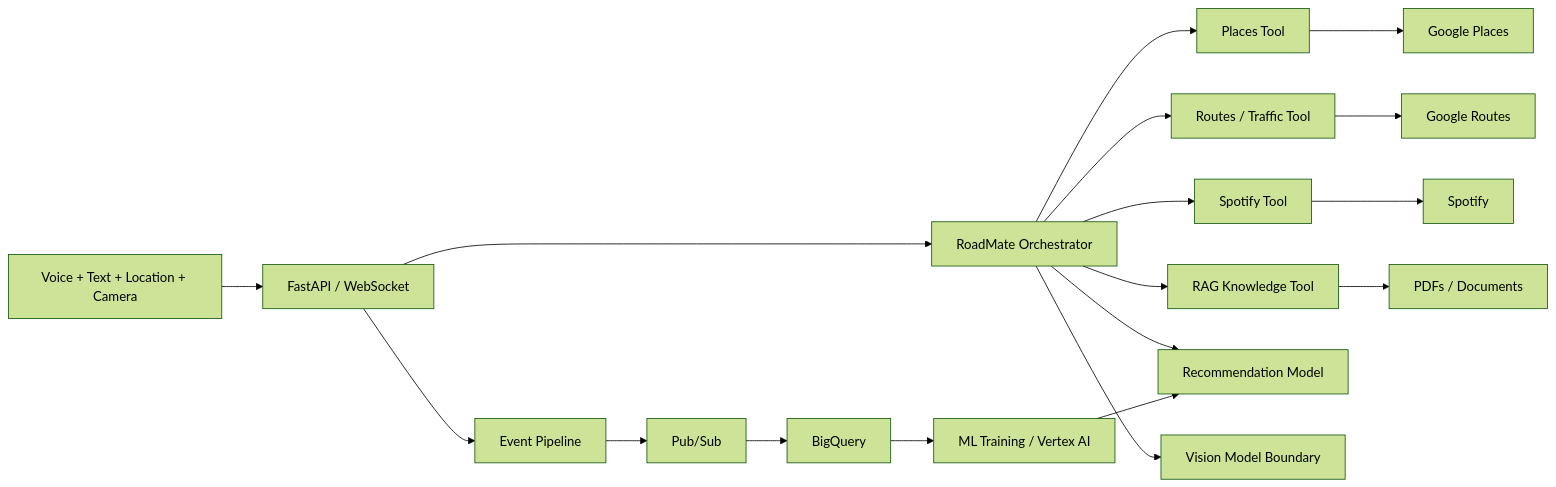
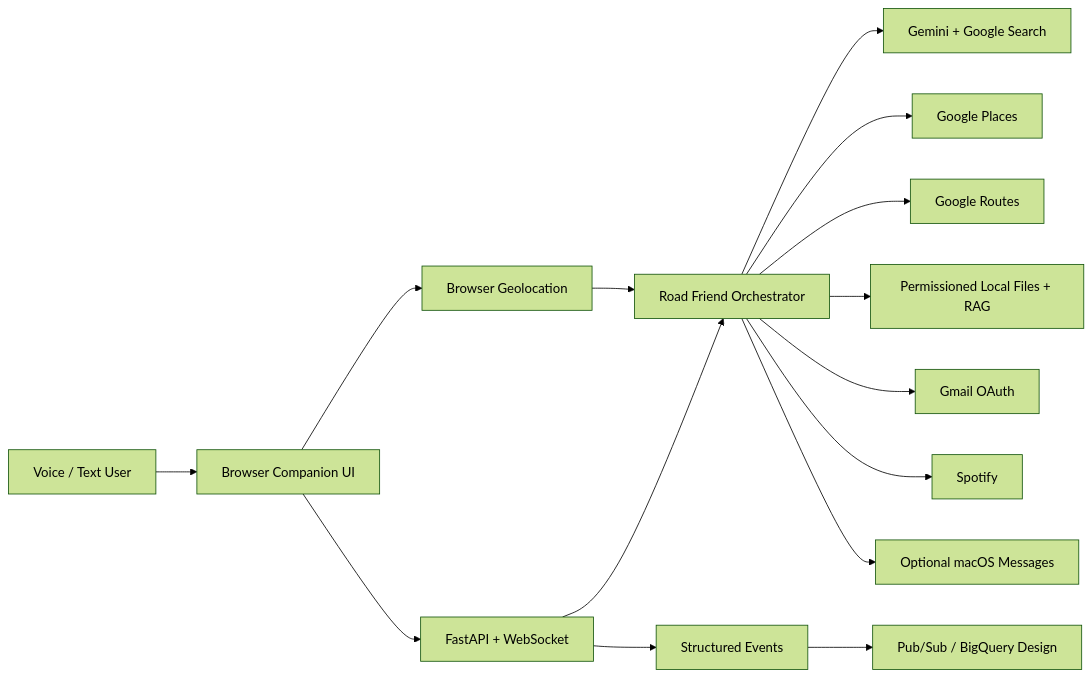
Before and after one commit to Jashwanth248/Road_Friend: the diagram in README.md, drawn with Mermaid (forest theme). The commit also changed other lines of this file and 15 other files, not shown here.

Commit message:
Upgrade Road Friend into permissioned personal AI companion

````diff
--- a/README.md
+++ b/README.md
@@ -21,20 +42,20 @@
 ```mermaid
 flowchart LR
-  UI[Voice + Text + Location + Camera] --> API[FastAPI / WebSocket]
-  API --> ORCH[RoadMate Orchestrator]
-  ORCH --> PL[Places Tool]
-  ORCH --> RT[Routes / Traffic Tool]
-  ORCH --> MU[Spotify Tool]
-  ORCH --> RAG[RAG Knowledge Tool]
-  ORCH --> REC[Recommendation Model]
-  ORCH --> VIS[Vision Model Boundary]
-  PL --> MAPS[Google Places]
-  RT --> ROUTES[Google Routes]
-  MU --> SPOT[Spotify]
-  RAG --> DOCS[PDFs / Documents]
-  API --> EVENTS[Event Pipeline]
-  EVENTS --> PUB[Pub/Sub]
-  PUB --> BQ[BigQuery]
-  BQ --> TRAIN[ML Training / Vertex AI]
-  TRAIN --> REC
+  U[Voice / Text User] --> UI[Browser Companion UI]
+  UI --> API[FastAPI + WebSocket]
+  API --> O[Road Friend Orchestrator]
+
+  O --> G[Gemini + Google Search]
+  O --> P[Google Places]
+  O --> R[Google Routes]
+  O --> F[Permissioned Local Files + RAG]
+  O --> M[Gmail OAuth]
+  O --> S[Spotify]
+  O --> MSG[Optional macOS Messages]
+
+  UI --> LOC[Browser Geolocation]
+  LOC --> O
+
+  API --> E[Structured Events]
+  E --> BQ[Pub/Sub / BigQuery Design]
 ```
````
